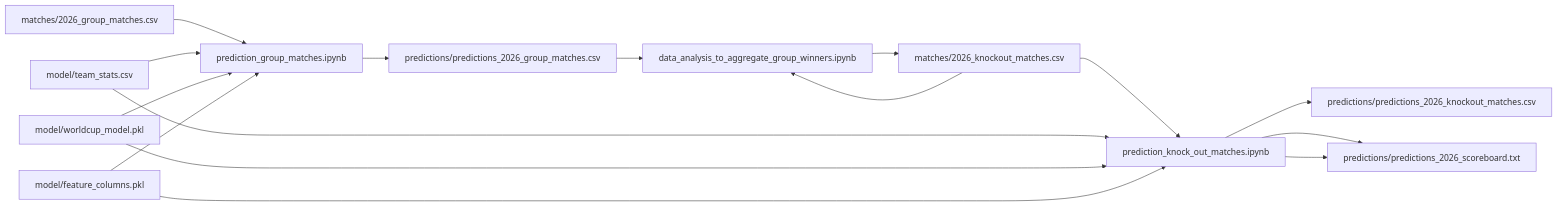
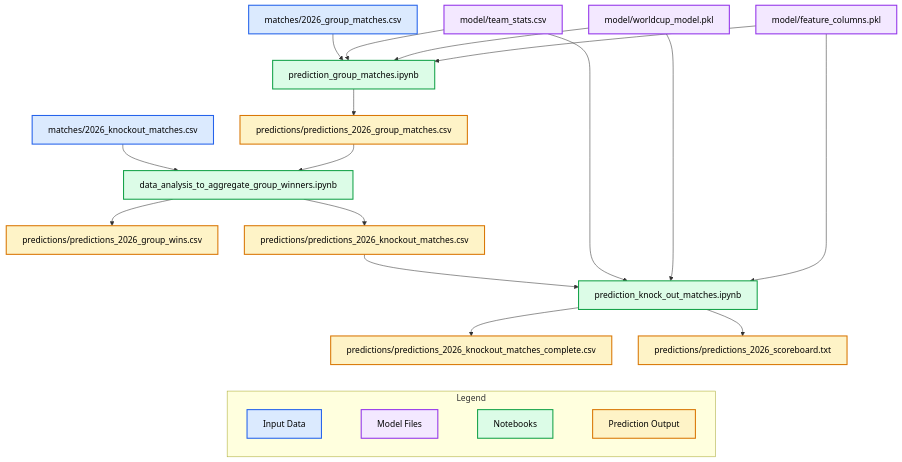
The sixth of 6 diagrams in README.md (StephanieHhnbrg/worldcup_predictor), drawn with Mermaid before and after one commit.

Commit message:
Updates flowchart in README

````diff
--- a/README.md
+++ b/README.md
@@ -181,20 +181,42 @@
 ```mermaid
-flowchart LR  
+flowchart TB
+
     A[matches/2026_group_matches.csv] --> E[prediction_group_matches.ipynb]
     B[model/team_stats.csv] --> E
     C[model/worldcup_model.pkl] --> E
     D[model/feature_columns.pkl] --> E
     E --> F[predictions/predictions_2026_group_matches.csv]
+
+    H[matches/2026_knockout_matches.csv] --> G[data_analysis_to_aggregate_group_winners.ipynb]
+    F --> G
+    G --> M[predictions/predictions_2026_group_wins.csv]
+    G --> J[predictions/predictions_2026_knockout_matches.csv]
     
-    F --> G[data_analysis_to_aggregate_group_winners.ipynb]
-    H[matches/2026_knockout_matches.csv] --> G
-    G --> H
-    
-    H --> I[prediction_knock_out_matches.ipynb]
+    J --> I[prediction_knock_out_matches.ipynb]
     B --> I
     C --> I
     D --> I
-    I --> J[predictions/predictions_2026_knockout_matches.csv]
+    
     I --> K[predictions/predictions_2026_knockout_matches_complete.csv]
-    I --> K[predictions/predictions_2026_scoreboard.txt]
+    I --> L[predictions/predictions_2026_scoreboard.txt]
+
+    subgraph Legend
+        direction LR
+        LEG1[Input Data] ~~~ LEG2[Model Files]
+        LEG2 ~~~ LEG3[Notebooks]
+        LEG3 ~~~ LEG4[Prediction Output]
+    end
+
+     K ~~~ Legend
+
+
+    classDef data fill:#dbeafe,stroke:#2563eb,stroke-width:2px,color:#000
+    classDef notebook fill:#dcfce7,stroke:#16a34a,stroke-width:2px,color:#000
+    classDef prediction fill:#fef3c7,stroke:#d97706,stroke-width:2px,color:#000
+    classDef model fill:#f3e8ff,stroke:#9333ea,stroke-width:2px,color:#000
+
+    class LEG1,A,H data
+    class LEG2,B,C,D model
+    class LEG3,E,G,I notebook
+    class LEG4,F,J,K,L,M prediction
 ```
````
